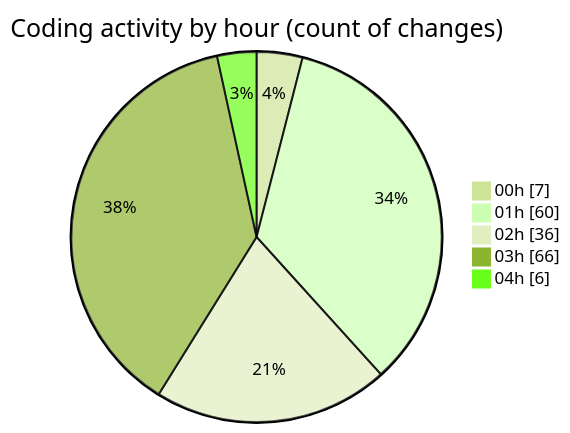
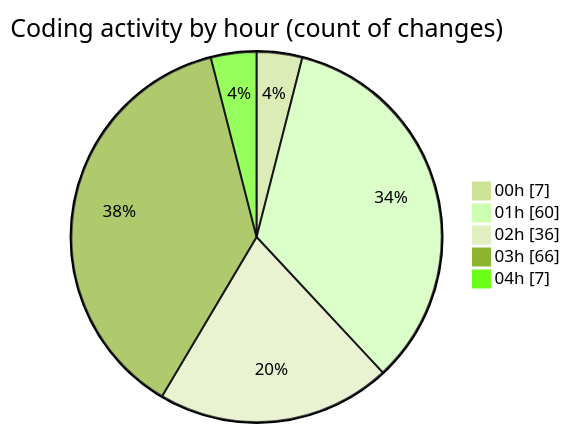
One commit to julien-gomy/code-tracking changed the second of 2 diagrams in 2025-10-07/eventscop-frontend-guide__workspace_/README.md. Above: the diagram before and after it, drawn with Mermaid (forest theme). The commit also changed other lines of this file and 1 other file, not shown here.

````diff
--- a/2025-10-07/eventscop-frontend-guide__workspace_/README.md
+++ b/2025-10-07/eventscop-frontend-guide__workspace_/README.md
@@ -93,9 +93,9 @@
 ```mermaid
 pie showData
 title Coding activity by hour (count of changes)
 "00h" : 7
 "01h" : 60
 "02h" : 36
 "03h" : 66
-"04h" : 6
+"04h" : 7
 ```
````
